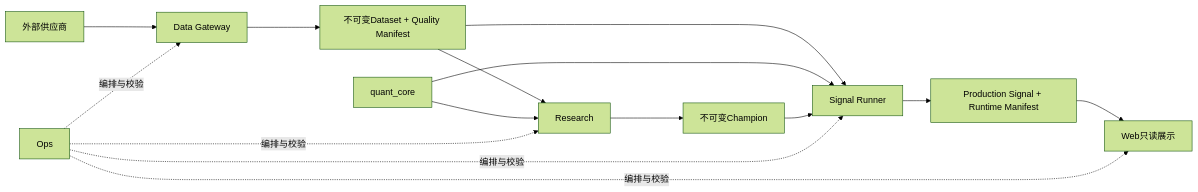
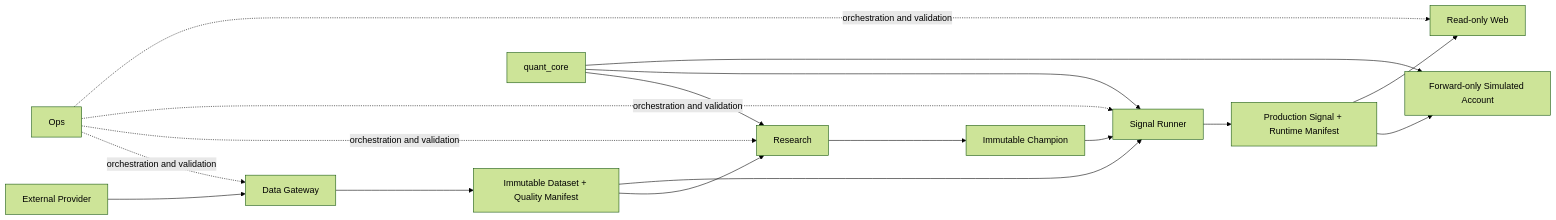
Before and after one commit to wuchengze003-cloud/ashare-pilot-next: the diagram in docs/architecture/README.md, drawn with Mermaid (forest theme). The commit also changed other lines of this file and 91 other files, not shown here.

First line of the commit message:
Separate leak-free research and simulated account backend (#17)

````diff
--- a/docs/architecture/README.md
+++ b/docs/architecture/README.md
@@ -18,17 +20,19 @@
 ```mermaid
 flowchart LR
-  provider["外部供应商"] --> gateway["Data Gateway"]
-  gateway --> dataset["不可变Dataset + Quality Manifest"]
+  provider["External Provider"] --> gateway["Data Gateway"]
+  gateway --> dataset["Immutable Dataset + Quality Manifest"]
   dataset --> research["Research"]
   dataset --> runner["Signal Runner"]
   core["quant_core"] --> research
   core --> runner
-  research --> champion["不可变Champion"]
+  research --> champion["Immutable Champion"]
   champion --> runner
   runner --> signal["Production Signal + Runtime Manifest"]
-  signal --> web["Web只读展示"]
-  ops["Ops"] -.编排与校验.-> gateway
-  ops -.编排与校验.-> research
-  ops -.编排与校验.-> runner
-  ops -.编排与校验.-> web
+  signal --> sim["Forward-only Simulated Account"]
+  core --> sim
+  signal --> web["Read-only Web"]
+  ops["Ops"] -.orchestration and validation.-> gateway
+  ops -.orchestration and validation.-> research
+  ops -.orchestration and validation.-> runner
+  ops -.orchestration and validation.-> web
 ```
````
